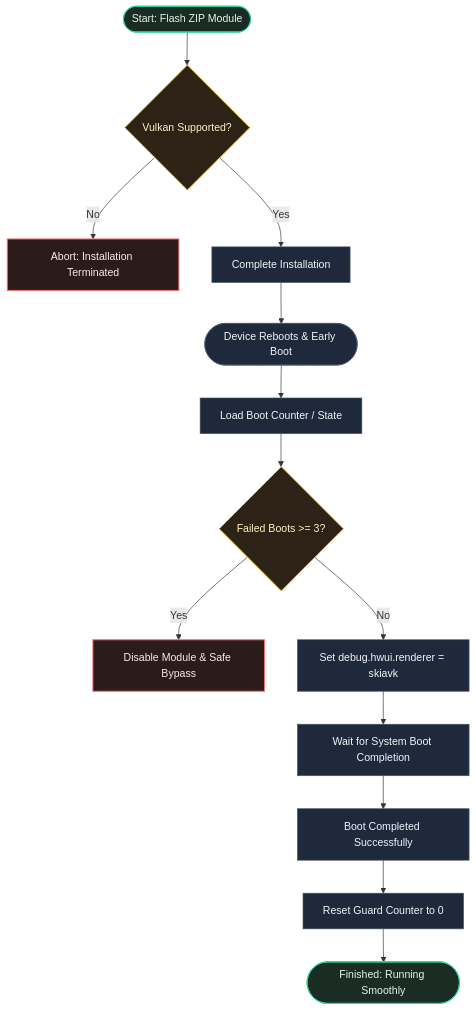
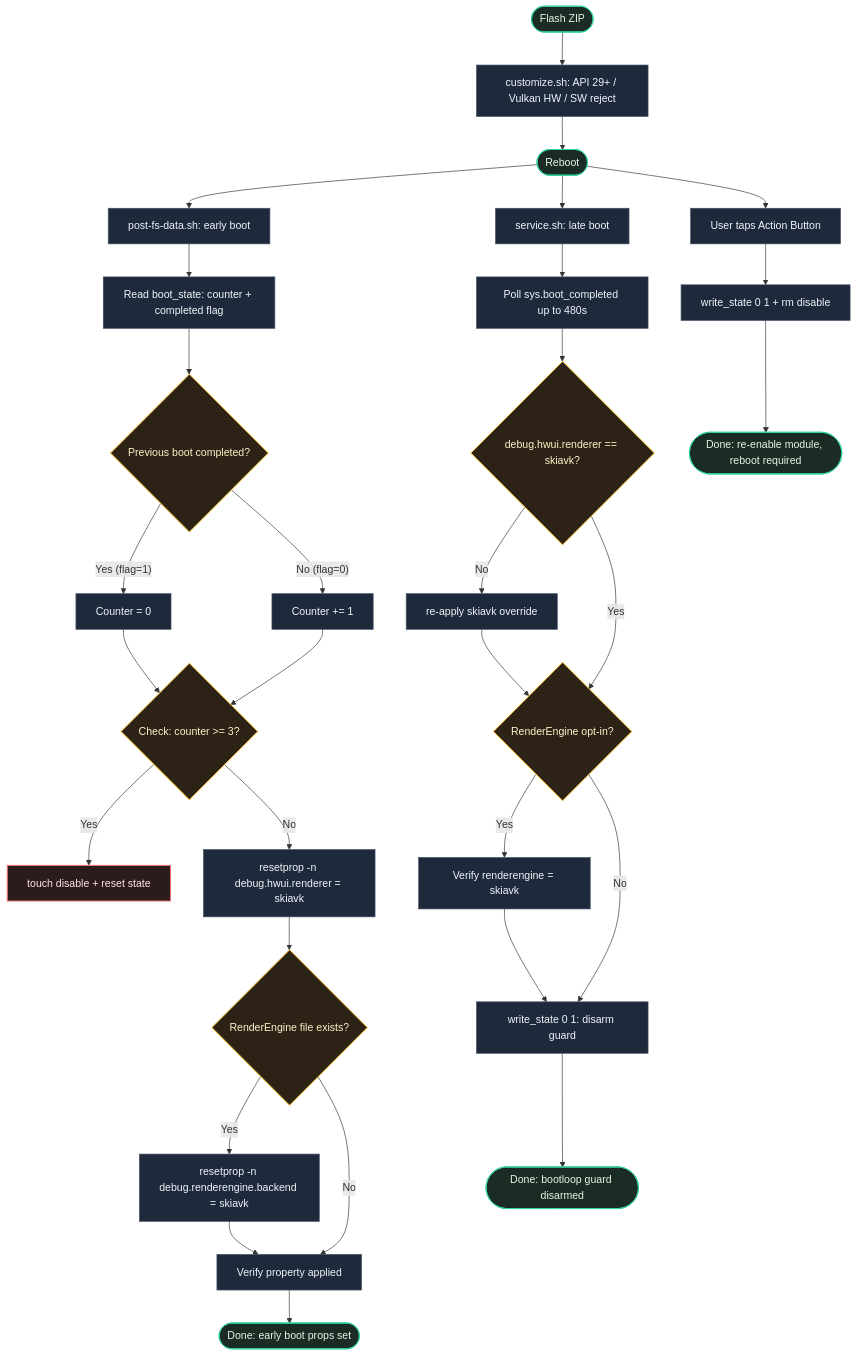
Before and after one commit to dyokism/SkiaVK: the diagram in README.md, drawn with Mermaid. The commit also changed other lines of this file and 11 other files, not shown here.

````diff
--- a/README.md
+++ b/README.md
@@ -88,30 +105,51 @@
 ```mermaid
 flowchart TD
-    FlashZip([Start: Flash ZIP Module]) --> CheckVulkan{Vulkan Supported?}
-    CheckVulkan -- No --> Abort[Abort: Installation Terminated]
-    CheckVulkan -- Yes --> Install[Complete Installation]
+    Flash([Flash ZIP]) --> Customize[customize.sh: API 29+ / Vulkan HW / SW reject]
+    Customize --> Reboot([Reboot])
+
+    Reboot --> postFsData[post-fs-data.sh: early boot]
     
-    Install --> BootStart([Device Reboots & Early Boot])
+    postFsData --> ReadState[Read boot_state: counter + completed flag]
+    ReadState --> PrevBoot{Previous boot completed?}
+    PrevBoot -- Yes (flag=1) --> ResetCounter[Counter = 0]
+    PrevBoot -- No (flag=0) --> IncCounter[Counter += 1]
     
-    BootStart --> LoadState[Load Boot Counter / State]
-    LoadState --> BootCheck{Failed Boots >= 3?}
+    ResetCounter --> CheckThresh{Check: counter >= 3?}
+    IncCounter --> CheckThresh
     
-    BootCheck -- Yes --> TriggerSafety[Disable Module & Safe Bypass]
-    BootCheck -- No --> ApplySkia[Set debug.hwui.renderer = skiavk]
+    CheckThresh -- Yes --> Disable[touch disable + reset state]
+    CheckThresh -- No --> SetProp[resetprop -n debug.hwui.renderer = skiavk]
     
-    ApplySkia --> WaitBoot[Wait for System Boot Completion]
-    WaitBoot --> BootSuccess[Boot Completed Successfully]
-    BootSuccess --> ResetState[Reset Guard Counter to 0]
-    ResetState --> Finished([Finished: Running Smoothly])
+    SetProp --> OptRE{RenderEngine file exists?}
+    OptRE -- Yes --> SetRE[resetprop -n debug.renderengine.backend = skiavk]
+    OptRE -- No --> VerifyProp[Verify property applied]
+    SetRE --> VerifyProp
+    
+    VerifyProp --> postFsDone([Done: early boot props set])
 
-    %% Custom Styles and Colors (Ultra-Muted Slate Theme)
+    Reboot --> Service[service.sh: late boot]
+
+    Service --> Wait[Poll sys.boot_completed up to 480s]
+    Wait --> Override{debug.hwui.renderer == skiavk?}
+    Override -- No --> ReApply[re-apply skiavk override]
+    Override -- Yes --> CheckRE{RenderEngine opt-in?}
+    ReApply --> CheckRE
+    CheckRE -- Yes --> VerifyRE[Verify renderengine = skiavk]
+    CheckRE -- No --> Disarm[write_state 0 1: disarm guard]
+    VerifyRE --> Disarm
+    Disarm --> ServiceDone([Done: bootloop guard disarmed])
+
+    Reboot --> Action[User taps Action Button]
+    Action --> ResetAll[write_state 0 1 + rm disable]
+    ResetAll --> ActionDone([Done: re-enable module, reboot required])
+
     classDef startEnd fill:#1b2c24,stroke:#34d399,stroke-width:1.5px,color:#e6f4ea;
     classDef fail fill:#2c1b1b,stroke:#f87171,stroke-width:1.5px,color:#fce8e6;
     classDef decision fill:#2d2216,stroke:#fbbf24,stroke-width:1.5px,color:#fef3c7;
     classDef process fill:#1e293b,stroke:#475569,stroke-width:1px,color:#f1f5f9;
     
-    class FlashZip,Finished startEnd;
-    class TriggerSafety,Abort fail;
-    class CheckVulkan,BootCheck decision;
-    class Install,BootStart,LoadState,ApplySkia,WaitBoot,BootSuccess,ResetState process;
+    class Flash,Reboot,postFsDone,ServiceDone,ActionDone startEnd;
+    class Disable fail;
+    class PrevBoot,CheckThresh,OptRE,Override,CheckRE decision;
+    class Customize,postFsData,ReadState,ResetCounter,IncCounter,SetProp,SetRE,VerifyProp,Service,Wait,ReApply,VerifyRE,Disarm,Action,ResetAll process;
 ```
````
